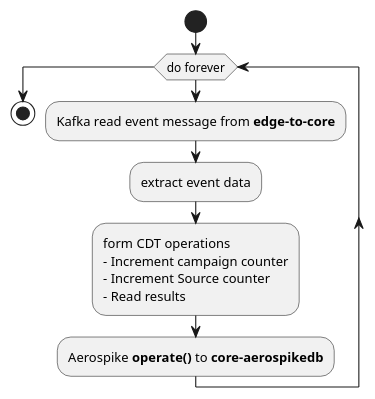
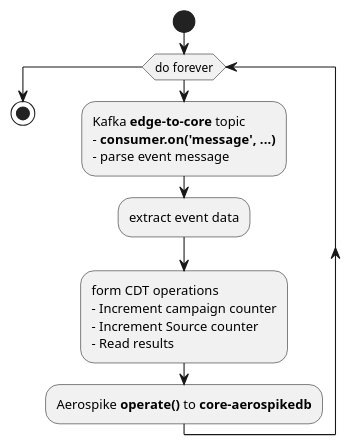
The diagram in architecture/aggregator-reducer-activity.puml (helipilot50/real-time-reporting-aerospike-kafka), drawn with PlantUML before and after one commit.

Commit message:
no message

```diff
--- a/architecture/aggregator-reducer-activity.puml
+++ b/architecture/aggregator-reducer-activity.puml
@@ -1,15 +1,17 @@
 @startuml
 
 start
 while (do forever)
-:Kafka read event message from **edge-to-core**;
+:Kafka **edge-to-core** topic
+- **consumer.on('message', ...)**
+- parse event message;
 :extract event data;
 :form CDT operations
 - Increment campaign counter
 - Increment Source counter
 - Read results;
 :Aerospike **operate()** to **core-aerospikedb**;
 endwhile
 stop
 
 @enduml
```
